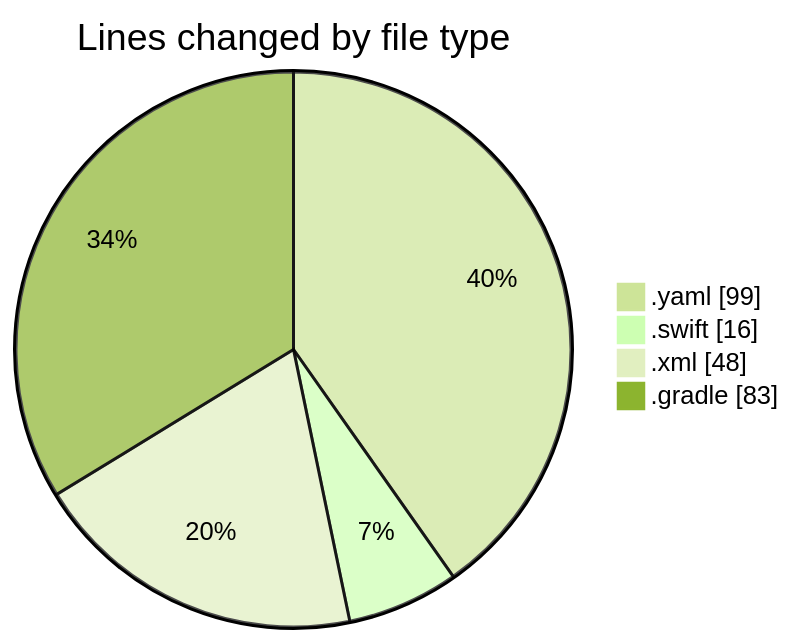
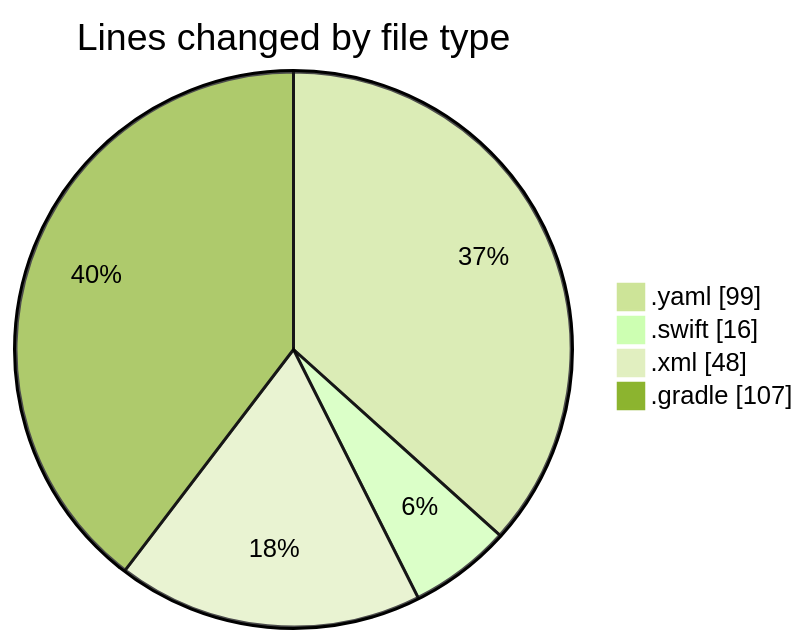
The first of 2 diagrams in 2025-02-16/uber_clone_v1/README.md (donsfak/code-tracking), drawn with Mermaid (forest theme) before and after one commit. The commit also changed other lines of this file and 1 other file, not shown here.

````diff
--- a/2025-02-16/uber_clone_v1/README.md
+++ b/2025-02-16/uber_clone_v1/README.md
@@ -24,8 +25,8 @@
 ```mermaid
 pie showData
 title Lines changed by file type
 ".yaml" : 99
 ".swift" : 16
 ".xml" : 48
-".gradle" : 83
+".gradle" : 107
 ```
````
